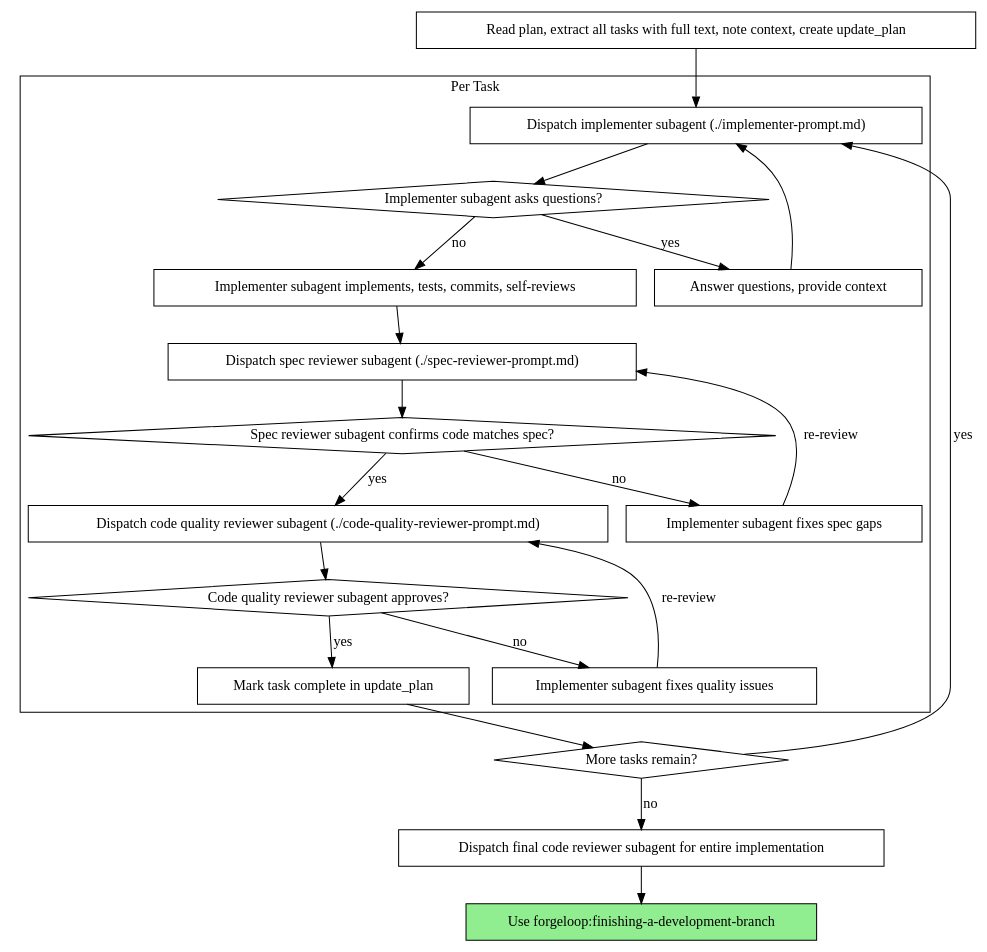
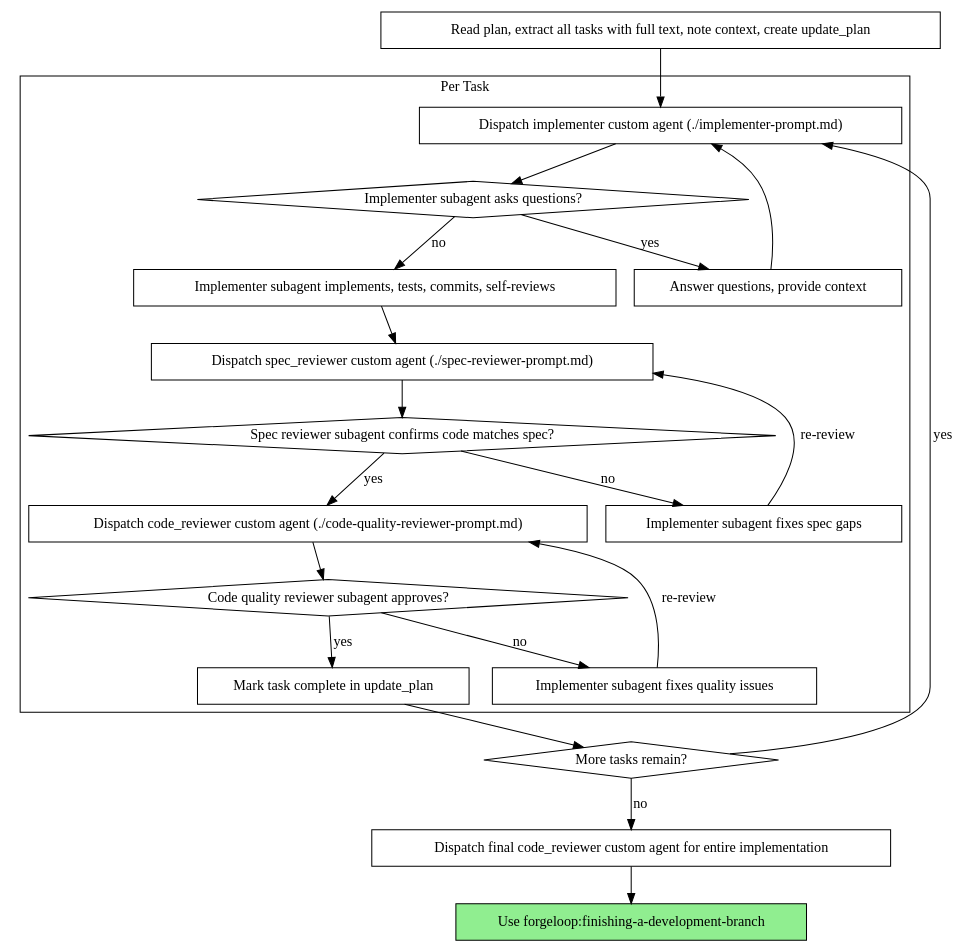
The second of 2 diagrams in skills/subagent-driven-development/SKILL.md (jiumem/forgeloop), drawn with Graphviz before and after one commit. The commit also changed other lines of this file and 20 other files, not shown here.

````diff
--- a/skills/subagent-driven-development/SKILL.md
+++ b/skills/subagent-driven-development/SKILL.md
@@ -42,44 +42,44 @@
 ```dot
 digraph process {
     rankdir=TB;
 
     subgraph cluster_per_task {
         label="Per Task";
-        "Dispatch implementer subagent (./implementer-prompt.md)" [shape=box];
+        "Dispatch implementer custom agent (./implementer-prompt.md)" [shape=box];
         "Implementer subagent asks questions?" [shape=diamond];
         "Answer questions, provide context" [shape=box];
         "Implementer subagent implements, tests, commits, self-reviews" [shape=box];
-        "Dispatch spec reviewer subagent (./spec-reviewer-prompt.md)" [shape=box];
+        "Dispatch spec_reviewer custom agent (./spec-reviewer-prompt.md)" [shape=box];
         "Spec reviewer subagent confirms code matches spec?" [shape=diamond];
         "Implementer subagent fixes spec gaps" [shape=box];
-        "Dispatch code quality reviewer subagent (./code-quality-reviewer-prompt.md)" [shape=box];
+        "Dispatch code_reviewer custom agent (./code-quality-reviewer-prompt.md)" [shape=box];
         "Code quality reviewer subagent approves?" [shape=diamond];
         "Implementer subagent fixes quality issues" [shape=box];
         "Mark task complete in update_plan" [shape=box];
     }
 
     "Read plan, extract all tasks with full text, note context, create update_plan" [shape=box];
     "More tasks remain?" [shape=diamond];
-    "Dispatch final code reviewer subagent for entire implementation" [shape=box];
+    "Dispatch final code_reviewer custom agent for entire implementation" [shape=box];
     "Use forgeloop:finishing-a-development-branch" [shape=box style=filled fillcolor=lightgreen];
 
-    "Read plan, extract all tasks with full text, note context, create update_plan" -> "Dispatch implementer subagent (./implementer-prompt.md)";
-    "Dispatch implementer subagent (./implementer-prompt.md)" -> "Implementer subagent asks questions?";
+    "Read plan, extract all tasks with full text, note context, create update_plan" -> "Dispatch implementer custom agent (./implementer-prompt.md)";
+    "Dispatch implementer custom agent (./implementer-prompt.md)" -> "Implementer subagent asks questions?";
     "Implementer subagent asks questions?" -> "Answer questions, provide context" [label="yes"];
-    "Answer questions, provide context" -> "Dispatch implementer subagent (./implementer-prompt.md)";
+    "Answer questions, provide context" -> "Dispatch implementer custom agent (./implementer-prompt.md)";
     "Implementer subagent asks questions?" -> "Implementer subagent implements, tests, commits, self-reviews" [label="no"];
-    "Implementer subagent implements, tests, commits, self-reviews" -> "Dispatch spec reviewer subagent (./spec-reviewer-prompt.md)";
-    "Dispatch spec reviewer subagent (./spec-reviewer-prompt.md)" -> "Spec reviewer subagent confirms code matches spec?";
+    "Implementer subagent implements, tests, commits, self-reviews" -> "Dispatch spec_reviewer custom agent (./spec-reviewer-prompt.md)";
+    "Dispatch spec_reviewer custom agent (./spec-reviewer-prompt.md)" -> "Spec reviewer subagent confirms code matches spec?";
     "Spec reviewer subagent confirms code matches spec?" -> "Implementer subagent fixes spec gaps" [label="no"];
-    "Implementer subagent fixes spec gaps" -> "Dispatch spec reviewer subagent (./spec-reviewer-prompt.md)" [label="re-review"];
-    "Spec reviewer subagent confirms code matches spec?" -> "Dispatch code quality reviewer subagent (./code-quality-reviewer-prompt.md)" [label="yes"];
-    "Dispatch code quality reviewer subagent (./code-quality-reviewer-prompt.md)" -> "Code quality reviewer subagent approves?";
+    "Implementer subagent fixes spec gaps" -> "Dispatch spec_reviewer custom agent (./spec-reviewer-prompt.md)" [label="re-review"];
+    "Spec reviewer subagent confirms code matches spec?" -> "Dispatch code_reviewer custom agent (./code-quality-reviewer-prompt.md)" [label="yes"];
+    "Dispatch code_reviewer custom agent (./code-quality-reviewer-prompt.md)" -> "Code quality reviewer subagent approves?";
     "Code quality reviewer subagent approves?" -> "Implementer subagent fixes quality issues" [label="no"];
-    "Implementer subagent fixes quality issues" -> "Dispatch code quality reviewer subagent (./code-quality-reviewer-prompt.md)" [label="re-review"];
+    "Implementer subagent fixes quality issues" -> "Dispatch code_reviewer custom agent (./code-quality-reviewer-prompt.md)" [label="re-review"];
     "Code quality reviewer subagent approves?" -> "Mark task complete in update_plan" [label="yes"];
     "Mark task complete in update_plan" -> "More tasks remain?";
-    "More tasks remain?" -> "Dispatch implementer subagent (./implementer-prompt.md)" [label="yes"];
-    "More tasks remain?" -> "Dispatch final code reviewer subagent for entire implementation" [label="no"];
-    "Dispatch final code reviewer subagent for entire implementation" -> "Use forgeloop:finishing-a-development-branch";
+    "More tasks remain?" -> "Dispatch implementer custom agent (./implementer-prompt.md)" [label="yes"];
+    "More tasks remain?" -> "Dispatch final code_reviewer custom agent for entire implementation" [label="no"];
+    "Dispatch final code_reviewer custom agent for entire implementation" -> "Use forgeloop:finishing-a-development-branch";
 }
 ```
````
